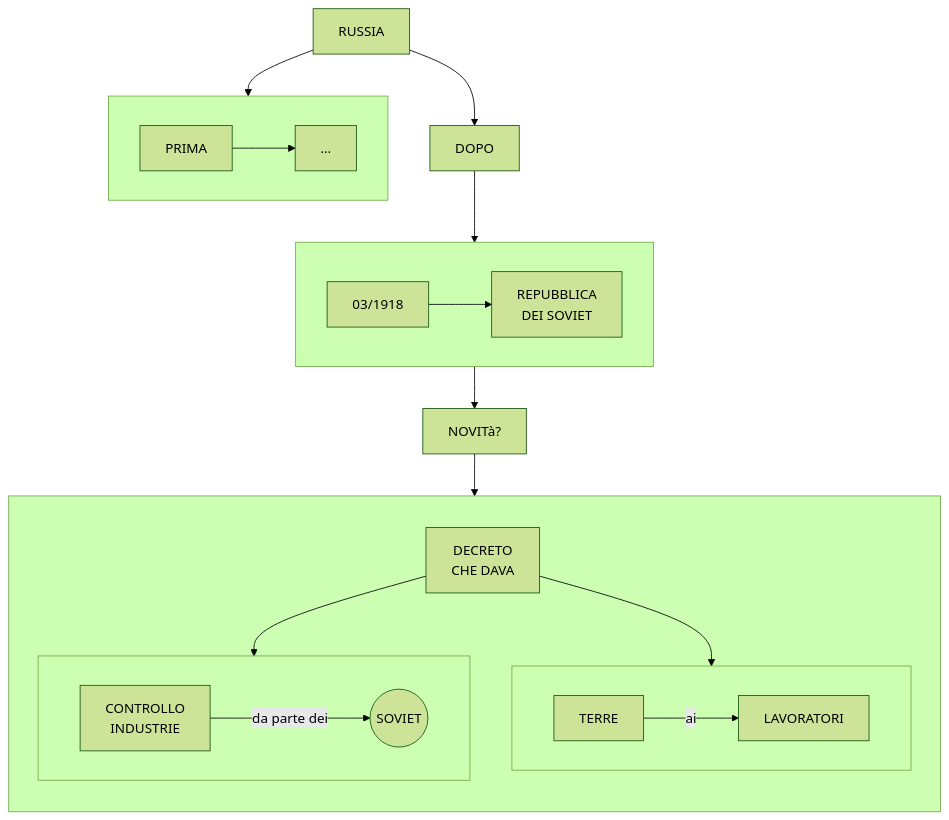
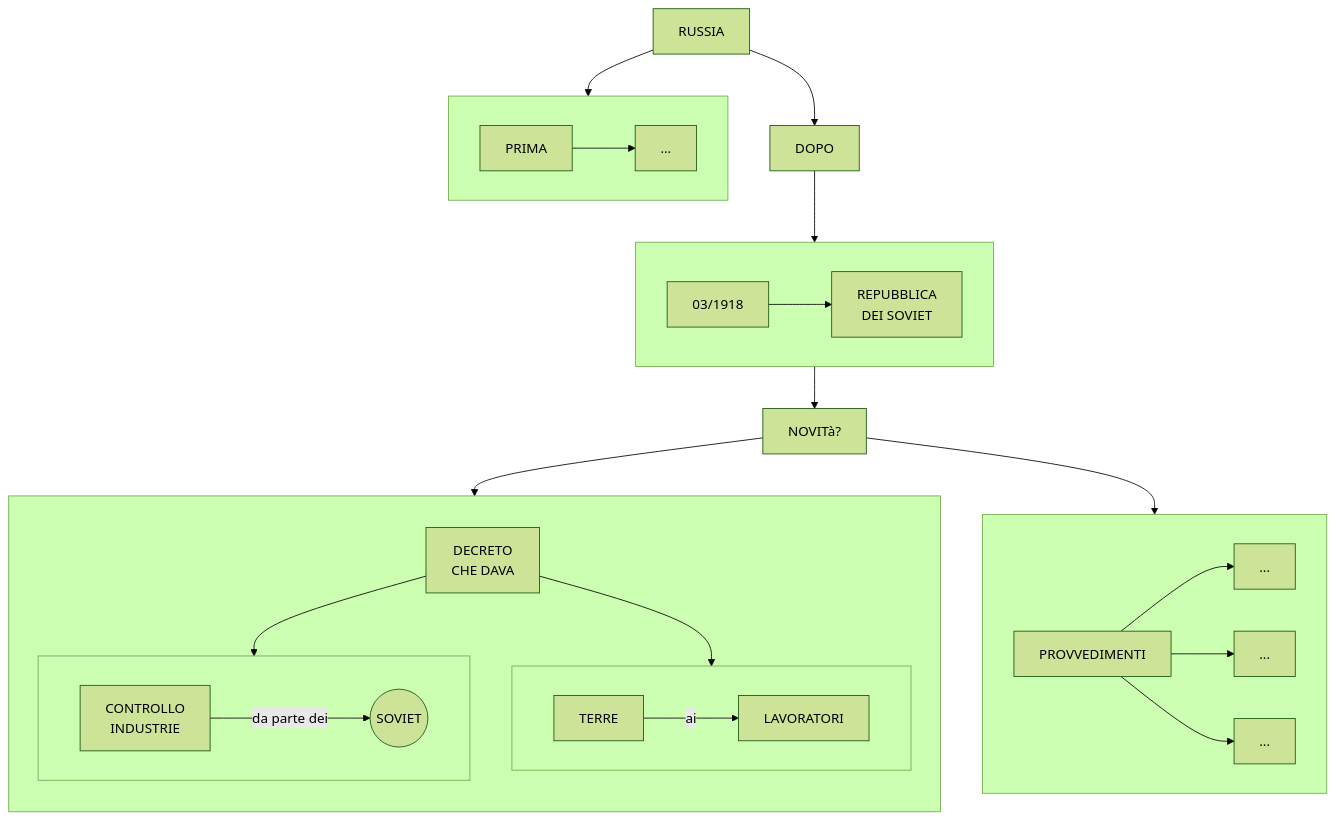
The second of 2 diagrams in stalinismo.md (Laaouatni/ricerca-storia-MermaidJS), drawn with Mermaid (forest theme) before and after one commit.

````diff
--- a/stalinismo.md
+++ b/stalinismo.md
@@ -34,30 +34,37 @@
 ```mermaid
 flowchart TB
     0[RUSSIA]
     subgraph 01[" "]
         010[PRIMA] -->
         0100[...]
     end
     02[DOPO]
     subgraph 020[" "]
         0200[03/1918] -->
         02000[REPUBBLICA <br> DEI SOVIET]
     end
     03[NOVITà?]
     subgraph 033[" "]
         direction TB
         030[DECRETO <br> CHE DAVA]
         subgraph 031[" "]
             0310[TERRE] --> |ai| 03100[LAVORATORI]
         end
         subgraph 032[" "]
             0320[CONTROLLO<br>INDUSTRIE]
             03200((SOVIET))
             0320 -->|da parte dei| 03200
         end
         030 --> 031 & 032
     end
+    subgraph 036[" "]
+        035[PROVVEDIMENTI]
+        0350[...]
+        0351[...]
+        0352[...]
+    end
+    035 --> 0350 & 0351 & 0352;
     0 --> 01
     0 --> 02 --> 020
-    020 --> 03 --> 033
+    020 --> 03 --> 033 & 036
 ```
````
